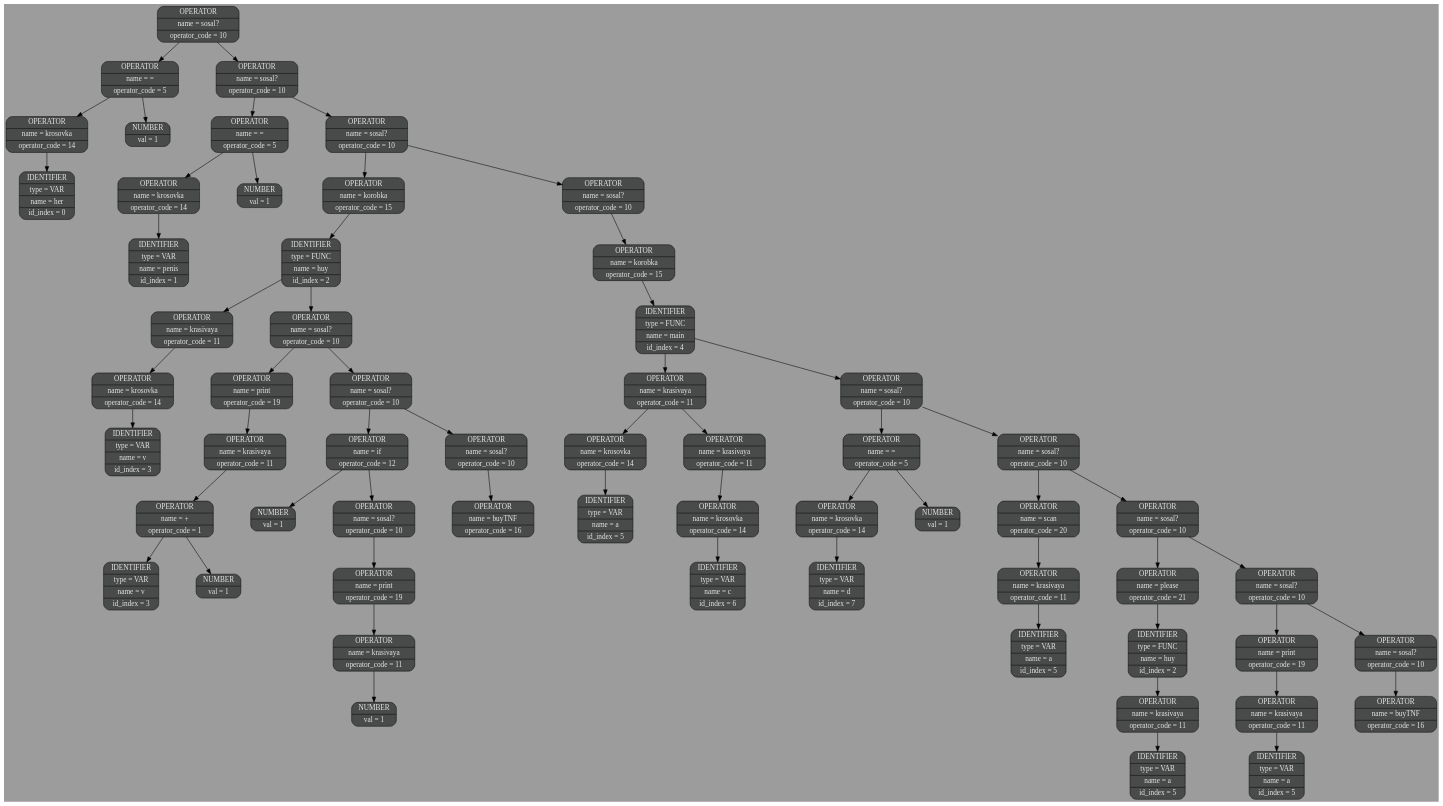
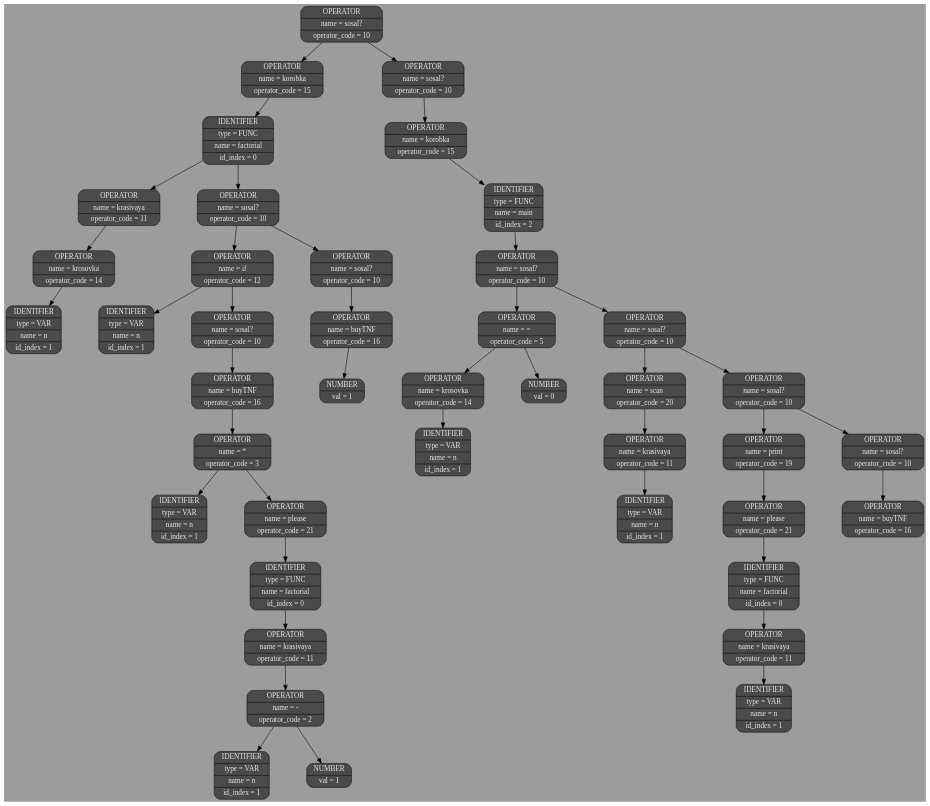
Before and after one commit to sevaphasol/language: the diagram in backend/logs/dot_files/000.dot, drawn with Graphviz. The commit also changed 12 other files, not shown here.

```diff
--- a/backend/logs/dot_files/000.dot
+++ b/backend/logs/dot_files/000.dot
@@ -1,68 +1,50 @@
 digraph G{
 nodesep=1;
 ranksep=0.5;
 rankdir=HR;
 node[style=filled, color="#0a0a0a", fillcolor="#494a4a",fontcolor="#e6e6e6", fontsize=14];
 edge[color="#000000", fontsize=12, penwidth=1, fontcolor = "#49006a"];
 bgcolor="#9c9c9c";
-elem0x70199f800010[shape="Mrecord", label= "{OPERATOR | name = sosal? | operator_code = 10}"];
-elem0x70199f800010->elem0x70199f800038;elem0x70199f800038[shape="Mrecord", label= "{OPERATOR | name = = | operator_code = 5}"];
-elem0x70199f800038->elem0x70199f800060;elem0x70199f800060[shape="Mrecord", label= "{OPERATOR | name = krosovka | operator_code = 14}"];
-elem0x70199f800060->elem0x70199f800088;elem0x70199f800088[shape="Mrecord", label= "{IDENTIFIER | type = VAR | name = her | id_index = 0}"];
-elem0x70199f800038->elem0x70199f8000b0;elem0x70199f8000b0[shape="Mrecord", label= "{NUMBER | val = 1}"];
-elem0x70199f800010->elem0x70199f8000d8;elem0x70199f8000d8[shape="Mrecord", label= "{OPERATOR | name = sosal? | operator_code = 10}"];
-elem0x70199f8000d8->elem0x70199f800100;elem0x70199f800100[shape="Mrecord", label= "{OPERATOR | name = = | operator_code = 5}"];
-elem0x70199f800100->elem0x70199f800128;elem0x70199f800128[shape="Mrecord", label= "{OPERATOR | name = krosovka | operator_code = 14}"];
-elem0x70199f800128->elem0x70199f800150;elem0x70199f800150[shape="Mrecord", label= "{IDENTIFIER | type = VAR | name = penis | id_index = 1}"];
-elem0x70199f800100->elem0x70199f800178;elem0x70199f800178[shape="Mrecord", label= "{NUMBER | val = 1}"];
-elem0x70199f8000d8->elem0x70199f8001a0;elem0x70199f8001a0[shape="Mrecord", label= "{OPERATOR | name = sosal? | operator_code = 10}"];
-elem0x70199f8001a0->elem0x70199f8001c8;elem0x70199f8001c8[shape="Mrecord", label= "{OPERATOR | name = korobka | operator_code = 15}"];
-elem0x70199f8001c8->elem0x70199f8001f0;elem0x70199f8001f0[shape="Mrecord", label= "{IDENTIFIER | type = FUNC | name = huy | id_index = 2}"];
-elem0x70199f8001f0->elem0x70199f800218;elem0x70199f800218[shape="Mrecord", label= "{OPERATOR | name = krasivaya | operator_code = 11}"];
-elem0x70199f800218->elem0x70199f800240;elem0x70199f800240[shape="Mrecord", label= "{OPERATOR | name = krosovka | operator_code = 14}"];
-elem0x70199f800240->elem0x70199f800268;elem0x70199f800268[shape="Mrecord", label= "{IDENTIFIER | type = VAR | name = v | id_index = 3}"];
-elem0x70199f8001f0->elem0x70199f800290;elem0x70199f800290[shape="Mrecord", label= "{OPERATOR | name = sosal? | operator_code = 10}"];
-elem0x70199f800290->elem0x70199f8002b8;elem0x70199f8002b8[shape="Mrecord", label= "{OPERATOR | name = print | operator_code = 19}"];
-elem0x70199f8002b8->elem0x70199f8002e0;elem0x70199f8002e0[shape="Mrecord", label= "{OPERATOR | name = krasivaya | operator_code = 11}"];
-elem0x70199f8002e0->elem0x70199f800308;elem0x70199f800308[shape="Mrecord", label= "{OPERATOR | name = + | operator_code = 1}"];
-elem0x70199f800308->elem0x70199f800330;elem0x70199f800330[shape="Mrecord", label= "{IDENTIFIER | type = VAR | name = v | id_index = 3}"];
-elem0x70199f800308->elem0x70199f800358;elem0x70199f800358[shape="Mrecord", label= "{NUMBER | val = 1}"];
-elem0x70199f800290->elem0x70199f800380;elem0x70199f800380[shape="Mrecord", label= "{OPERATOR | name = sosal? | operator_code = 10}"];
-elem0x70199f800380->elem0x70199f8003a8;elem0x70199f8003a8[shape="Mrecord", label= "{OPERATOR | name = if | operator_code = 12}"];
-elem0x70199f8003a8->elem0x70199f8003d0;elem0x70199f8003d0[shape="Mrecord", label= "{NUMBER | val = 1}"];
-elem0x70199f8003a8->elem0x70199f8003f8;elem0x70199f8003f8[shape="Mrecord", label= "{OPERATOR | name = sosal? | operator_code = 10}"];
-elem0x70199f8003f8->elem0x70199f800420;elem0x70199f800420[shape="Mrecord", label= "{OPERATOR | name = print | operator_code = 19}"];
-elem0x70199f800420->elem0x70199f800448;elem0x70199f800448[shape="Mrecord", label= "{OPERATOR | name = krasivaya | operator_code = 11}"];
-elem0x70199f800448->elem0x70199f800470;elem0x70199f800470[shape="Mrecord", label= "{NUMBER | val = 1}"];
-elem0x70199f800380->elem0x70199f800498;elem0x70199f800498[shape="Mrecord", label= "{OPERATOR | name = sosal? | operator_code = 10}"];
-elem0x70199f800498->elem0x70199f8004c0;elem0x70199f8004c0[shape="Mrecord", label= "{OPERATOR | name = buyTNF | operator_code = 16}"];
-elem0x70199f8001a0->elem0x70199f8004e8;elem0x70199f8004e8[shape="Mrecord", label= "{OPERATOR | name = sosal? | operator_code = 10}"];
-elem0x70199f8004e8->elem0x70199f800510;elem0x70199f800510[shape="Mrecord", label= "{OPERATOR | name = korobka | operator_code = 15}"];
-elem0x70199f800510->elem0x70199f800538;elem0x70199f800538[shape="Mrecord", label= "{IDENTIFIER | type = FUNC | name = main | id_index = 4}"];
-elem0x70199f800538->elem0x70199f800560;elem0x70199f800560[shape="Mrecord", label= "{OPERATOR | name = krasivaya | operator_code = 11}"];
-elem0x70199f800560->elem0x70199f800588;elem0x70199f800588[shape="Mrecord", label= "{OPERATOR | name = krosovka | operator_code = 14}"];
-elem0x70199f800588->elem0x70199f8005b0;elem0x70199f8005b0[shape="Mrecord", label= "{IDENTIFIER | type = VAR | name = a | id_index = 5}"];
-elem0x70199f800560->elem0x70199f8005d8;elem0x70199f8005d8[shape="Mrecord", label= "{OPERATOR | name = krasivaya | operator_code = 11}"];
-elem0x70199f8005d8->elem0x70199f800600;elem0x70199f800600[shape="Mrecord", label= "{OPERATOR | name = krosovka | operator_code = 14}"];
-elem0x70199f800600->elem0x70199f800628;elem0x70199f800628[shape="Mrecord", label= "{IDENTIFIER | type = VAR | name = c | id_index = 6}"];
-elem0x70199f800538->elem0x70199f800650;elem0x70199f800650[shape="Mrecord", label= "{OPERATOR | name = sosal? | operator_code = 10}"];
-elem0x70199f800650->elem0x70199f800678;elem0x70199f800678[shape="Mrecord", label= "{OPERATOR | name = = | operator_code = 5}"];
-elem0x70199f800678->elem0x70199f8006a0;elem0x70199f8006a0[shape="Mrecord", label= "{OPERATOR | name = krosovka | operator_code = 14}"];
-elem0x70199f8006a0->elem0x70199f8006c8;elem0x70199f8006c8[shape="Mrecord", label= "{IDENTIFIER | type = VAR | name = d | id_index = 7}"];
-elem0x70199f800678->elem0x70199f8006f0;elem0x70199f8006f0[shape="Mrecord", label= "{NUMBER | val = 1}"];
-elem0x70199f800650->elem0x70199f800718;elem0x70199f800718[shape="Mrecord", label= "{OPERATOR | name = sosal? | operator_code = 10}"];
-elem0x70199f800718->elem0x70199f800740;elem0x70199f800740[shape="Mrecord", label= "{OPERATOR | name = scan | operator_code = 20}"];
-elem0x70199f800740->elem0x70199f800768;elem0x70199f800768[shape="Mrecord", label= "{OPERATOR | name = krasivaya | operator_code = 11}"];
-elem0x70199f800768->elem0x70199f800790;elem0x70199f800790[shape="Mrecord", label= "{IDENTIFIER | type = VAR | name = a | id_index = 5}"];
-elem0x70199f800718->elem0x70199f8007b8;elem0x70199f8007b8[shape="Mrecord", label= "{OPERATOR | name = sosal? | operator_code = 10}"];
-elem0x70199f8007b8->elem0x70199f8007e0;elem0x70199f8007e0[shape="Mrecord", label= "{OPERATOR | name = please | operator_code = 21}"];
-elem0x70199f8007e0->elem0x70199f800808;elem0x70199f800808[shape="Mrecord", label= "{IDENTIFIER | type = FUNC | name = huy | id_index = 2}"];
-elem0x70199f800808->elem0x70199f800830;elem0x70199f800830[shape="Mrecord", label= "{OPERATOR | name = krasivaya | operator_code = 11}"];
-elem0x70199f800830->elem0x70199f800858;elem0x70199f800858[shape="Mrecord", label= "{IDENTIFIER | type = VAR | name = a | id_index = 5}"];
-elem0x70199f8007b8->elem0x70199f800880;elem0x70199f800880[shape="Mrecord", label= "{OPERATOR | name = sosal? | operator_code = 10}"];
-elem0x70199f800880->elem0x70199f8008a8;elem0x70199f8008a8[shape="Mrecord", label= "{OPERATOR | name = print | operator_code = 19}"];
-elem0x70199f8008a8->elem0x70199f8008d0;elem0x70199f8008d0[shape="Mrecord", label= "{OPERATOR | name = krasivaya | operator_code = 11}"];
-elem0x70199f8008d0->elem0x70199f8008f8;elem0x70199f8008f8[shape="Mrecord", label= "{IDENTIFIER | type = VAR | name = a | id_index = 5}"];
-elem0x70199f800880->elem0x70199f800920;elem0x70199f800920[shape="Mrecord", label= "{OPERATOR | name = sosal? | operator_code = 10}"];
-elem0x70199f800920->elem0x70199f800948;elem0x70199f800948[shape="Mrecord", label= "{OPERATOR | name = buyTNF | operator_code = 16}"];
+elem0x7d0f18800010[shape="Mrecord", label= "{OPERATOR | name = sosal? | operator_code = 10}"];
+elem0x7d0f18800010->elem0x7d0f18800038;elem0x7d0f18800038[shape="Mrecord", label= "{OPERATOR | name = korobka | operator_code = 15}"];
+elem0x7d0f18800038->elem0x7d0f18800060;elem0x7d0f18800060[shape="Mrecord", label= "{IDENTIFIER | type = FUNC | name = factorial | id_index = 0}"];
+elem0x7d0f18800060->elem0x7d0f18800088;elem0x7d0f18800088[shape="Mrecord", label= "{OPERATOR | name = krasivaya | operator_code = 11}"];
+elem0x7d0f18800088->elem0x7d0f188000b0;elem0x7d0f188000b0[shape="Mrecord", label= "{OPERATOR | name = krosovka | operator_code = 14}"];
+elem0x7d0f188000b0->elem0x7d0f188000d8;elem0x7d0f188000d8[shape="Mrecord", label= "{IDENTIFIER | type = VAR | name = n | id_index = 1}"];
+elem0x7d0f18800060->elem0x7d0f18800100;elem0x7d0f18800100[shape="Mrecord", label= "{OPERATOR | name = sosal? | operator_code = 10}"];
+elem0x7d0f18800100->elem0x7d0f18800128;elem0x7d0f18800128[shape="Mrecord", label= "{OPERATOR | name = if | operator_code = 12}"];
+elem0x7d0f18800128->elem0x7d0f18800150;elem0x7d0f18800150[shape="Mrecord", label= "{IDENTIFIER | type = VAR | name = n | id_index = 1}"];
+elem0x7d0f18800128->elem0x7d0f18800178;elem0x7d0f18800178[shape="Mrecord", label= "{OPERATOR | name = sosal? | operator_code = 10}"];
+elem0x7d0f18800178->elem0x7d0f188001a0;elem0x7d0f188001a0[shape="Mrecord", label= "{OPERATOR | name = buyTNF | operator_code = 16}"];
+elem0x7d0f188001a0->elem0x7d0f188001c8;elem0x7d0f188001c8[shape="Mrecord", label= "{OPERATOR | name = * | operator_code = 3}"];
+elem0x7d0f188001c8->elem0x7d0f188001f0;elem0x7d0f188001f0[shape="Mrecord", label= "{IDENTIFIER | type = VAR | name = n | id_index = 1}"];
+elem0x7d0f188001c8->elem0x7d0f18800218;elem0x7d0f18800218[shape="Mrecord", label= "{OPERATOR | name = please | operator_code = 21}"];
+elem0x7d0f18800218->elem0x7d0f18800240;elem0x7d0f18800240[shape="Mrecord", label= "{IDENTIFIER | type = FUNC | name = factorial | id_index = 0}"];
+elem0x7d0f18800240->elem0x7d0f18800268;elem0x7d0f18800268[shape="Mrecord", label= "{OPERATOR | name = krasivaya | operator_code = 11}"];
+elem0x7d0f18800268->elem0x7d0f18800290;elem0x7d0f18800290[shape="Mrecord", label= "{OPERATOR | name = - | operator_code = 2}"];
+elem0x7d0f18800290->elem0x7d0f188002b8;elem0x7d0f188002b8[shape="Mrecord", label= "{IDENTIFIER | type = VAR | name = n | id_index = 1}"];
+elem0x7d0f18800290->elem0x7d0f188002e0;elem0x7d0f188002e0[shape="Mrecord", label= "{NUMBER | val = 1}"];
+elem0x7d0f18800100->elem0x7d0f18800308;elem0x7d0f18800308[shape="Mrecord", label= "{OPERATOR | name = sosal? | operator_code = 10}"];
+elem0x7d0f18800308->elem0x7d0f18800330;elem0x7d0f18800330[shape="Mrecord", label= "{OPERATOR | name = buyTNF | operator_code = 16}"];
+elem0x7d0f18800330->elem0x7d0f18800358;elem0x7d0f18800358[shape="Mrecord", label= "{NUMBER | val = 1}"];
+elem0x7d0f18800010->elem0x7d0f18800380;elem0x7d0f18800380[shape="Mrecord", label= "{OPERATOR | name = sosal? | operator_code = 10}"];
+elem0x7d0f18800380->elem0x7d0f188003a8;elem0x7d0f188003a8[shape="Mrecord", label= "{OPERATOR | name = korobka | operator_code = 15}"];
+elem0x7d0f188003a8->elem0x7d0f188003d0;elem0x7d0f188003d0[shape="Mrecord", label= "{IDENTIFIER | type = FUNC | name = main | id_index = 2}"];
+elem0x7d0f188003d0->elem0x7d0f188003f8;elem0x7d0f188003f8[shape="Mrecord", label= "{OPERATOR | name = sosal? | operator_code = 10}"];
+elem0x7d0f188003f8->elem0x7d0f18800420;elem0x7d0f18800420[shape="Mrecord", label= "{OPERATOR | name = = | operator_code = 5}"];
+elem0x7d0f18800420->elem0x7d0f18800448;elem0x7d0f18800448[shape="Mrecord", label= "{OPERATOR | name = krosovka | operator_code = 14}"];
+elem0x7d0f18800448->elem0x7d0f18800470;elem0x7d0f18800470[shape="Mrecord", label= "{IDENTIFIER | type = VAR | name = n | id_index = 1}"];
+elem0x7d0f18800420->elem0x7d0f18800498;elem0x7d0f18800498[shape="Mrecord", label= "{NUMBER | val = 0}"];
+elem0x7d0f188003f8->elem0x7d0f188004c0;elem0x7d0f188004c0[shape="Mrecord", label= "{OPERATOR | name = sosal? | operator_code = 10}"];
+elem0x7d0f188004c0->elem0x7d0f188004e8;elem0x7d0f188004e8[shape="Mrecord", label= "{OPERATOR | name = scan | operator_code = 20}"];
+elem0x7d0f188004e8->elem0x7d0f18800510;elem0x7d0f18800510[shape="Mrecord", label= "{OPERATOR | name = krasivaya | operator_code = 11}"];
+elem0x7d0f18800510->elem0x7d0f18800538;elem0x7d0f18800538[shape="Mrecord", label= "{IDENTIFIER | type = VAR | name = n | id_index = 1}"];
+elem0x7d0f188004c0->elem0x7d0f18800560;elem0x7d0f18800560[shape="Mrecord", label= "{OPERATOR | name = sosal? | operator_code = 10}"];
+elem0x7d0f18800560->elem0x7d0f18800588;elem0x7d0f18800588[shape="Mrecord", label= "{OPERATOR | name = print | operator_code = 19}"];
+elem0x7d0f18800588->elem0x7d0f188005b0;elem0x7d0f188005b0[shape="Mrecord", label= "{OPERATOR | name = please | operator_code = 21}"];
+elem0x7d0f188005b0->elem0x7d0f188005d8;elem0x7d0f188005d8[shape="Mrecord", label= "{IDENTIFIER | type = FUNC | name = factorial | id_index = 0}"];
+elem0x7d0f188005d8->elem0x7d0f18800600;elem0x7d0f18800600[shape="Mrecord", label= "{OPERATOR | name = krasivaya | operator_code = 11}"];
+elem0x7d0f18800600->elem0x7d0f18800628;elem0x7d0f18800628[shape="Mrecord", label= "{IDENTIFIER | type = VAR | name = n | id_index = 1}"];
+elem0x7d0f18800560->elem0x7d0f18800650;elem0x7d0f18800650[shape="Mrecord", label= "{OPERATOR | name = sosal? | operator_code = 10}"];
+elem0x7d0f18800650->elem0x7d0f18800678;elem0x7d0f18800678[shape="Mrecord", label= "{OPERATOR | name = buyTNF | operator_code = 16}"];
 }
```
